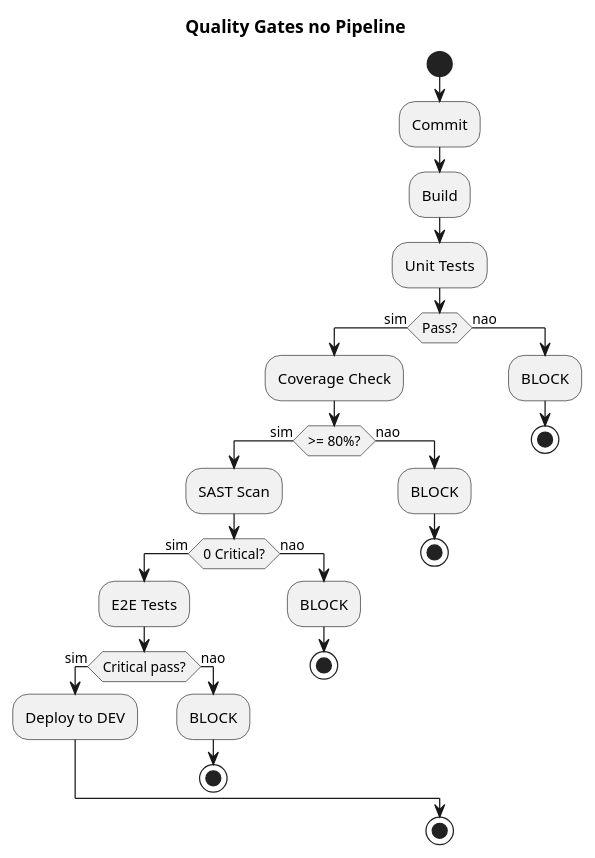
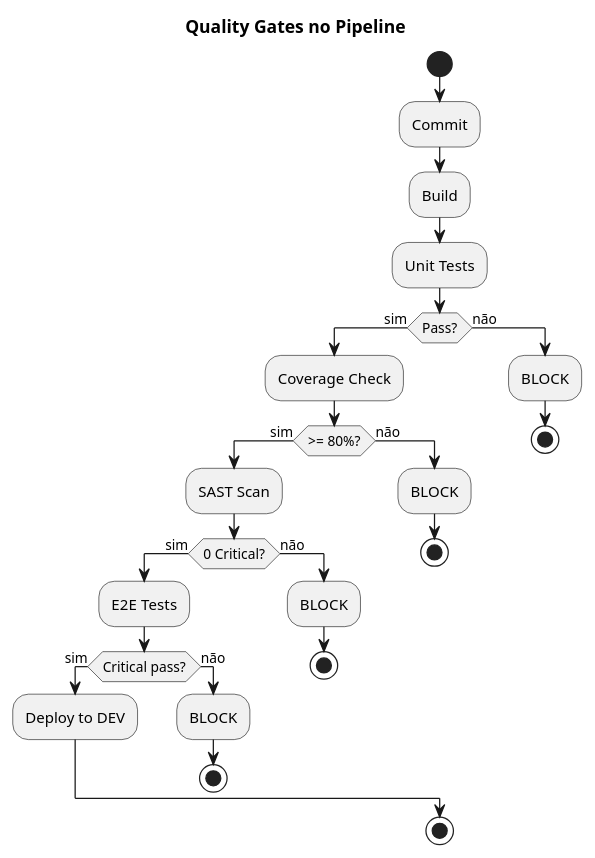
The second of 2 diagrams in current/sections/SEC-13-estrategia-testes.md (beduardo/novobanco_website_doc), drawn with PlantUML before and after one commit. The commit also changed other lines of this file and 182 other files, not shown here.

````diff
--- a/current/sections/SEC-13-estrategia-testes.md
+++ b/current/sections/SEC-13-estrategia-testes.md
@@ -167,39 +167,39 @@
 ```plantuml
 @startuml
 skinparam backgroundColor white
 
 title Quality Gates no Pipeline
 
 start
 :Commit;
 :Build;
 :Unit Tests;
 if (Pass?) then (sim)
     :Coverage Check;
     if (>= 80%?) then (sim)
         :SAST Scan;
         if (0 Critical?) then (sim)
             :E2E Tests;
             if (Critical pass?) then (sim)
                 :Deploy to DEV;
-            else (nao)
+            else (não)
                 :BLOCK;
                 stop
             endif
-        else (nao)
+        else (não)
             :BLOCK;
             stop
         endif
-    else (nao)
+    else (não)
         :BLOCK;
         stop
     endif
-else (nao)
+else (não)
     :BLOCK;
     stop
 endif
 
 stop
 
 @enduml
 ```
````
